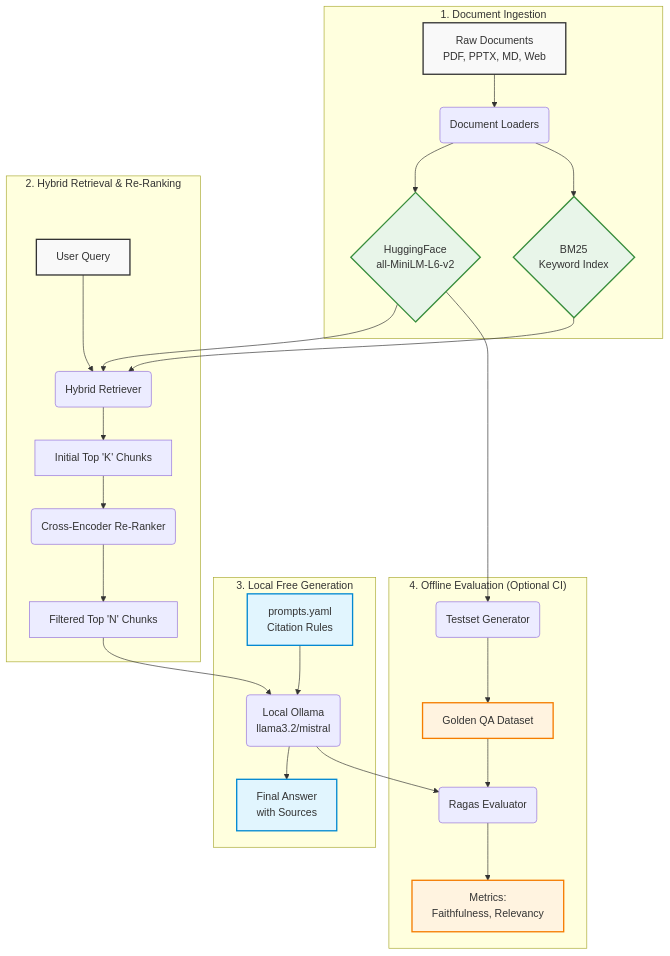
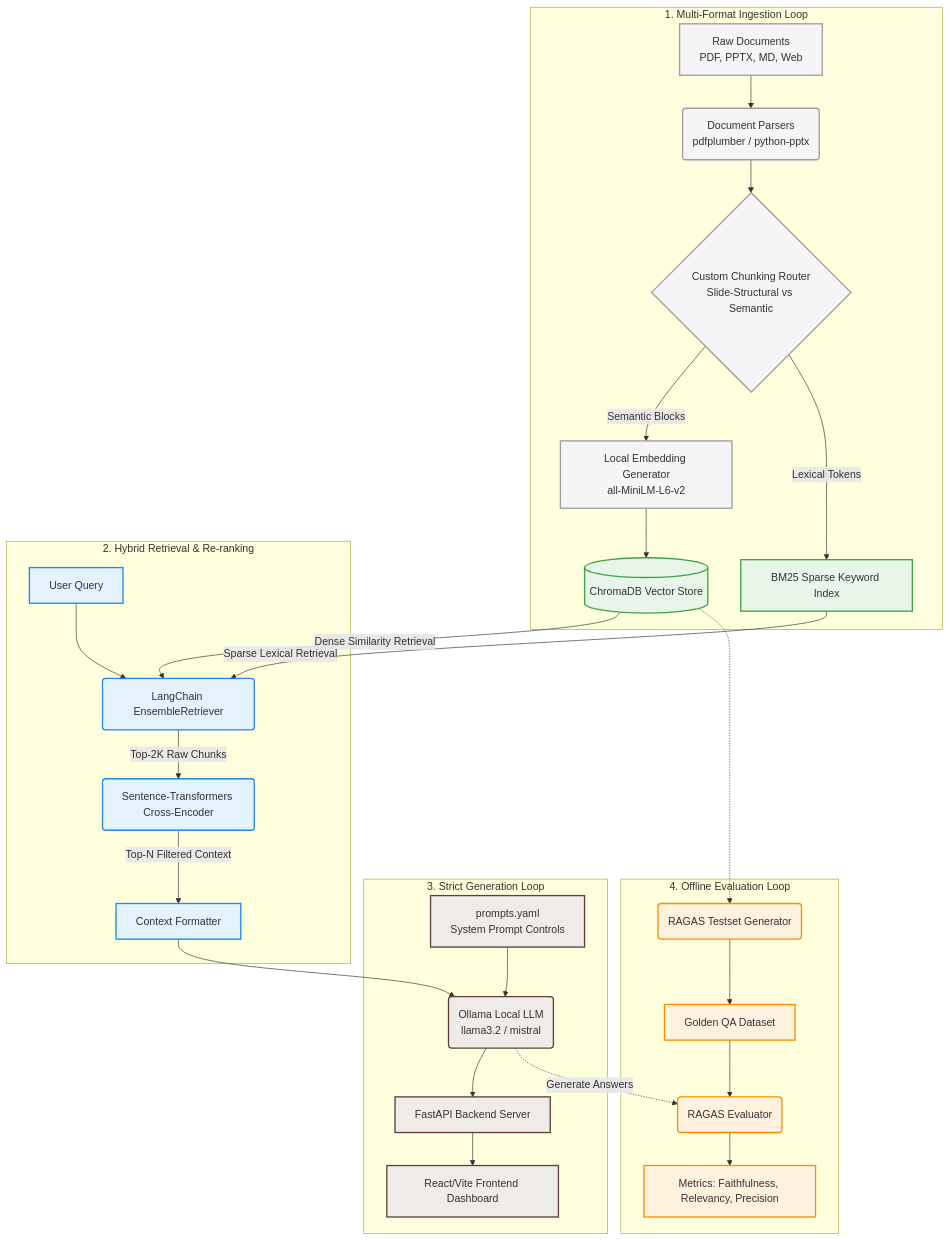
Before and after one commit to Haus-Nous/Enterprise_RAG_Architecture: the diagram in README.md, drawn with Mermaid. The commit also changed other lines of this file, not shown here.

````diff
--- a/README.md
+++ b/README.md
@@ -31,36 +41,43 @@
 ```mermaid
 graph TD
-    classDef user fill:#f9f9f9,stroke:#333,stroke-width:2px;
-    classDef system fill:#e1f5fe,stroke:#0288d1,stroke-width:2px;
-    classDef db fill:#e8f5e9,stroke:#388e3c,stroke-width:2px;
-    classDef eval fill:#fff3e0,stroke:#f57c00,stroke-width:2px;
+    classDef ingestion fill:#f5f5f7,stroke:#9e9e9e,stroke-width:2px;
+    classDef retrieval fill:#e3f2fd,stroke:#1e88e5,stroke-width:2px;
+    classDef generation fill:#efebe9,stroke:#5d4037,stroke-width:2px;
+    classDef evaluation fill:#fff3e0,stroke:#fb8c00,stroke-width:2px;
+    classDef database fill:#e8f5e9,stroke:#43a047,stroke-width:2px;
 
-    subgraph "1. Document Ingestion"
-        A[Raw Documents<br/>PDF, PPTX, MD, Web]:::user --> B(Document Loaders)
-        B --> C{HuggingFace <br/> all-MiniLM-L6-v2}:::db
-        B --> D{BM25 <br/> Keyword Index}:::db
+    %% 1. Ingestion Pipeline
+    subgraph Ingestion ["1. Multi-Format Ingestion Loop"]
+        Docs[Raw Documents<br/>PDF, PPTX, MD, Web]:::ingestion --> Loaders(Document Parsers<br/>pdfplumber / python-pptx):::ingestion
+        Loaders --> Splitter{Custom Chunking Router<br/>Slide-Structural vs Semantic}:::ingestion
+        Splitter -->|Semantic Blocks| Embedder[Local Embedding Generator<br/>all-MiniLM-L6-v2]:::ingestion
+        Splitter -->|Lexical Tokens| BM25Index[BM25 Sparse Keyword Index]:::database
+        Embedder --> ChromaDB[(ChromaDB Vector Store)]:::database
     end
 
-    subgraph "2. Hybrid Retrieval & Re-Ranking"
-        E[User Query]:::user --> F(Hybrid Retriever)
-        C --> F
-        D --> F
-        F --> G[Initial Top 'K' Chunks]
-        G --> H(Cross-Encoder Re-Ranker)
-        H --> I[Filtered Top 'N' Chunks]
+    %% 2. Retrieval & Re-ranking
+    subgraph RetrievalLoop ["2. Hybrid Retrieval & Re-ranking"]
+        Query[User Query]:::retrieval --> HybridRetriever(LangChain EnsembleRetriever):::retrieval
+        ChromaDB -->|Dense Similarity Retrieval| HybridRetriever
+        BM25Index -->|Sparse Lexical Retrieval| HybridRetriever
+        HybridRetriever -->|Top-2K Raw Chunks| ReRanker(Sentence-Transformers Cross-Encoder):::retrieval
+        ReRanker -->|Top-N Filtered Context| Formatter[Context Formatter]:::retrieval
     end
 
-    subgraph "3. Local Free Generation"
-        I --> J(Local Ollama <br/> llama3.2/mistral)
-        K[prompts.yaml <br/> Citation Rules]:::system --> J
-        J --> L[Final Answer <br/> with Sources]:::system
+    %% 3. Generation Loop
+    subgraph GenerationLoop ["3. Strict Generation Loop"]
+        Formatter --> LLM(Ollama Local LLM<br/>llama3.2 / mistral):::generation
+        PromptYAML[prompts.yaml<br/>System Prompt Controls]:::generation --> LLM
+        LLM --> API[FastAPI Backend Server]:::generation
+        API --> UI[React/Vite Frontend Dashboard]:::generation
     end
 
-    subgraph "4. Offline Evaluation (Optional CI)"
-        M(Testset Generator) --> N[Golden QA Dataset]:::eval
-        C --> M
-        N --> O(Ragas Evaluator)
-        J --> O
-        O --> P[Metrics:<br/>Faithfulness, Relevancy]:::eval
+    %% 4. Evaluation Loop
+    subgraph EvaluationLoop ["4. Offline Evaluation Loop"]
+        ChromaDB -.-> TestGen(RAGAS Testset Generator):::evaluation
+        TestGen --> GoldenSet[Golden QA Dataset]:::evaluation
+        GoldenSet --> Evaluator(RAGAS Evaluator):::evaluation
+        LLM -.->|Generate Answers| Evaluator
+        Evaluator --> Metrics[Metrics: Faithfulness, Relevancy, Precision]:::evaluation
     end
 ```
````
